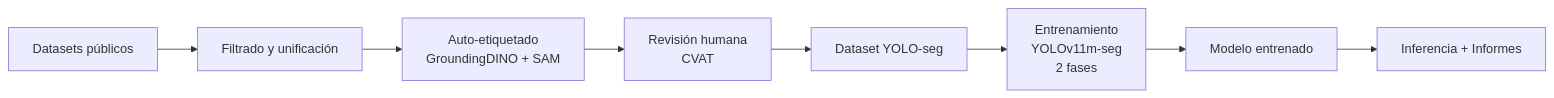
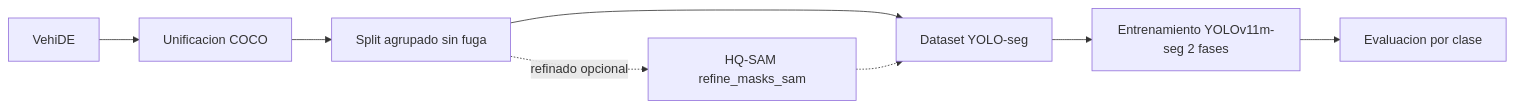
The diagram in README.md (borjaregueral/Comp_vision), drawn with Mermaid before and after one commit. The commit also changed other lines of this file, not shown here.

Commit message:
docs(readme): actualizar a VehiDE-4 (4 clases) y pipeline actual

````diff
--- a/README.md
+++ b/README.md
@@ -20,10 +25,10 @@
 ```mermaid
 graph LR
-    A[Datasets públicos] --> B[Filtrado y unificación]
-    B --> C[Auto-etiquetado<br/>GroundingDINO + SAM]
-    C --> D[Revisión humana<br/>CVAT]
-    D --> E[Dataset YOLO-seg]
-    E --> F[Entrenamiento<br/>YOLOv11m-seg<br/>2 fases]
-    F --> G[Modelo entrenado]
-    G --> H[Inferencia + Informes]
+    A[VehiDE] --> B[Unificacion COCO]
+    B --> C[Split agrupado sin fuga]
+    C --> D[Dataset YOLO-seg]
+    D --> E[Entrenamiento YOLOv11m-seg 2 fases]
+    E --> F[Evaluacion por clase]
+    C -. refinado opcional .-> G[HQ-SAM refine_masks_sam]
+    G -.-> D
 ```
````
